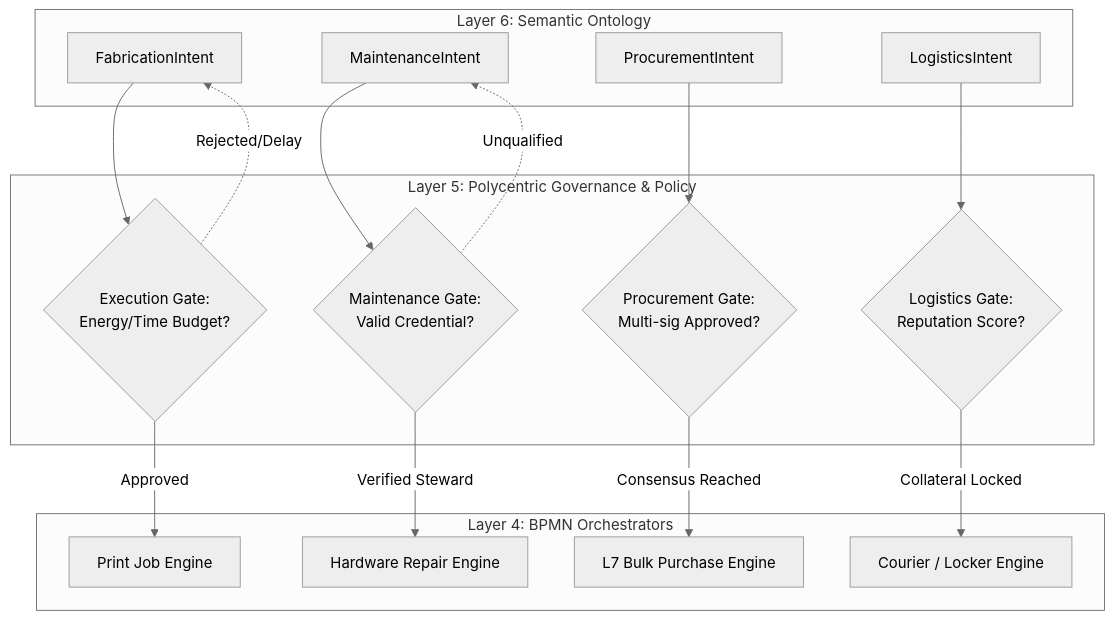
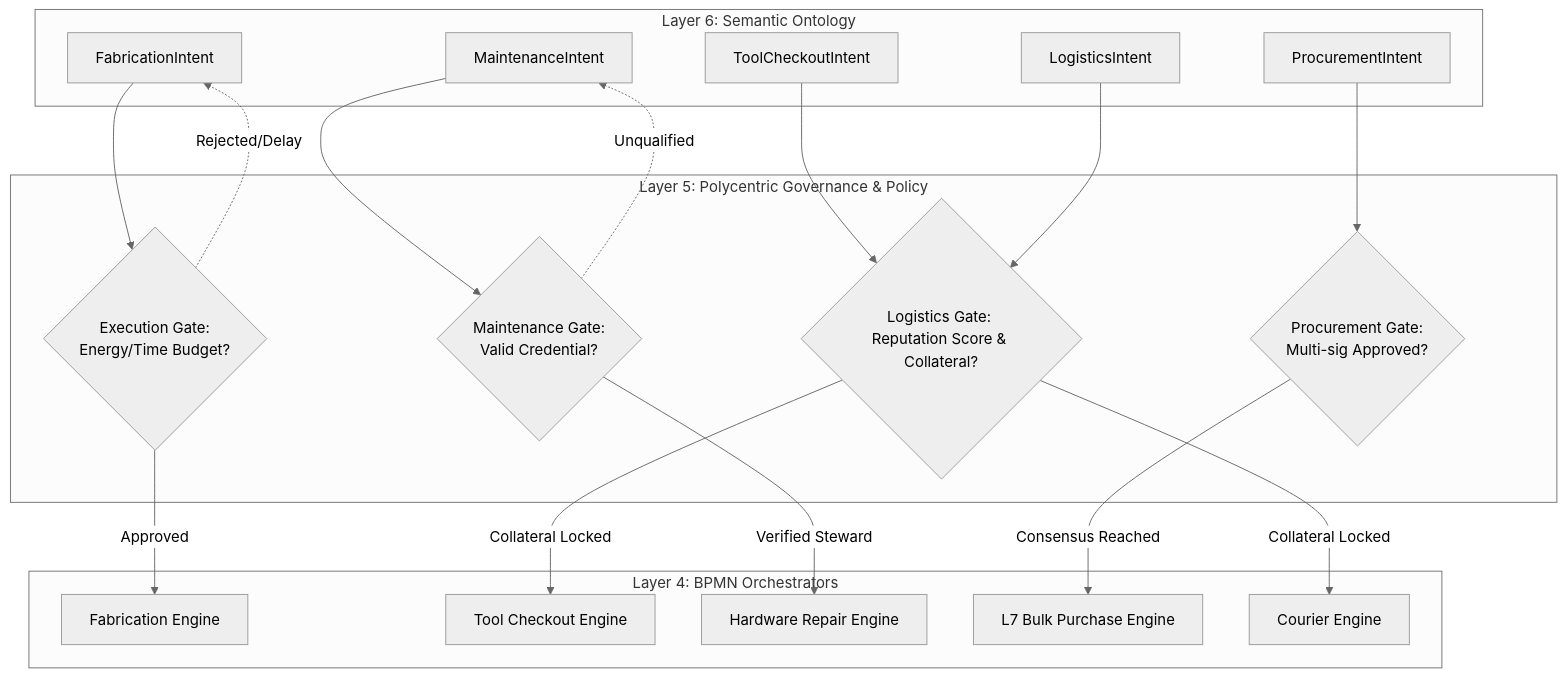
Before and after one commit to raffaine/collective: the third of 4 diagrams in docs/scenarios/alpha_fabrication.md, drawn with Mermaid (neutral theme). The commit also changed other lines of this file and 25 other files, not shown here.

Commit message:
docs: enrich scenarios (Alpha through Omega) and establish Prime Genesis roadmap

````diff
--- a/docs/scenarios/alpha_fabrication.md
+++ b/docs/scenarios/alpha_fabrication.md
@@ -97,38 +99,43 @@
 ```mermaid
 graph TD
     subgraph Layer 6: Semantic Ontology
         L6_Fab[FabricationIntent]
+        L6_Tool[ToolCheckoutIntent]
         L6_Maint[MaintenanceIntent]
         L6_Proc[ProcurementIntent]
         L6_Log[LogisticsIntent]
     end
 
     subgraph Layer 5: Polycentric Governance & Policy
         P_Exec{Execution Gate: <br>Energy/Time Budget?}
         P_Maint{Maintenance Gate: <br>Valid Credential?}
         P_Proc{Procurement Gate: <br>Multi-sig Approved?}
-        P_Log{Logistics Gate: <br>Reputation Score?}
+        P_Log{Logistics Gate: <br>Reputation Score & Collateral?}
     end
 
     subgraph Layer 4: BPMN Orchestrators
-        BPMN_Print[Print Job Engine]
+        BPMN_Print[Fabrication Engine]
+        BPMN_Checkout[Tool Checkout Engine]
         BPMN_Fix[Hardware Repair Engine]
         BPMN_Buy[L7 Bulk Purchase Engine]
-        BPMN_Move[Courier / Locker Engine]
+        BPMN_Move[Courier Engine]
     end
 
     %% Routing
     L6_Fab --> P_Exec
     P_Exec -->|Approved| BPMN_Print
     P_Exec -.->|Rejected/Delay| L6_Fab
+    
+    L6_Tool --> P_Log
+    P_Log -->|Collateral Locked| BPMN_Checkout
 
     L6_Maint --> P_Maint
     P_Maint -->|Verified Steward| BPMN_Fix
     P_Maint -.->|Unqualified| L6_Maint
 
     L6_Proc --> P_Proc
     P_Proc -->|Consensus Reached| BPMN_Buy
     
     L6_Log --> P_Log
     P_Log -->|Collateral Locked| BPMN_Move
 ```
````
